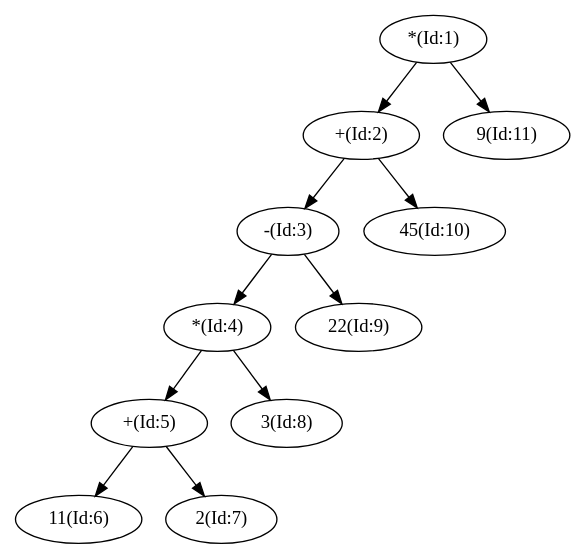
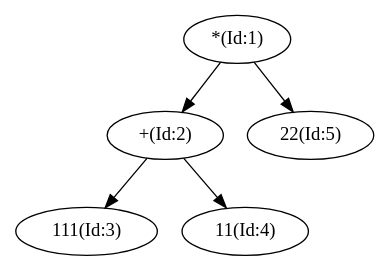
The diagram in Compiler/SyntacticalAnalyzerGenerator/LangFiles/astTree.dot (egoshin-igor/StateMachine), drawn with Graphviz before and after one commit. The commit also changed 8 other files, not shown here.

```diff
--- a/Compiler/SyntacticalAnalyzerGenerator/LangFiles/astTree.dot
+++ b/Compiler/SyntacticalAnalyzerGenerator/LangFiles/astTree.dot
@@ -1,1 +1,1 @@
-digraph G{"*(Id:1)"->"+(Id:2)";"*(Id:1)"->"9(Id:11)";"+(Id:2)"->"-(Id:3)";"+(Id:2)"->"45(Id:10)";"-(Id:3)"->"*(Id:4)";"-(Id:3)"->"22(Id:9)";"*(Id:4)"->"+(Id:5)";"*(Id:4)"->"3(Id:8)";"+(Id:5)"->"11(Id:6)";"+(Id:5)"->"2(Id:7)";}
+digraph G{"*(Id:1)"->"+(Id:2)";"*(Id:1)"->"22(Id:5)";"+(Id:2)"->"111(Id:3)";"+(Id:2)"->"11(Id:4)";}
```
